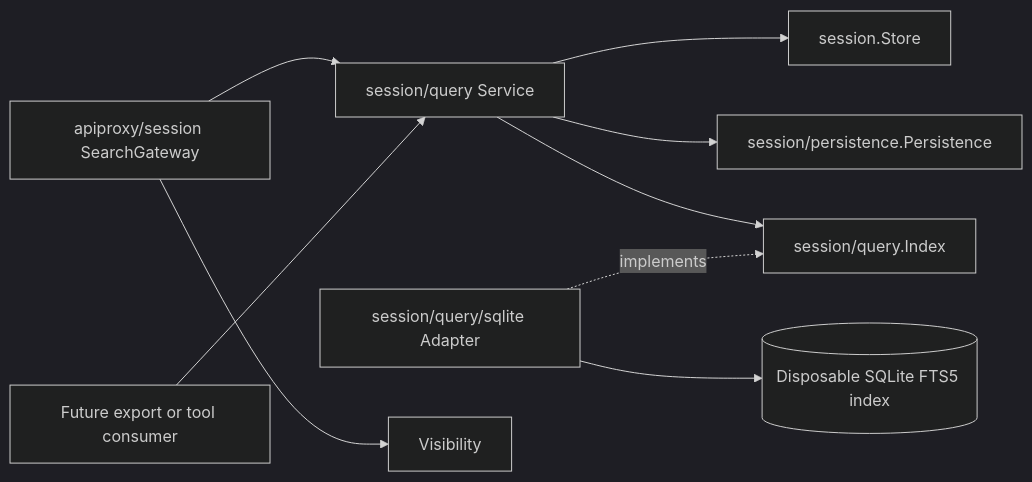
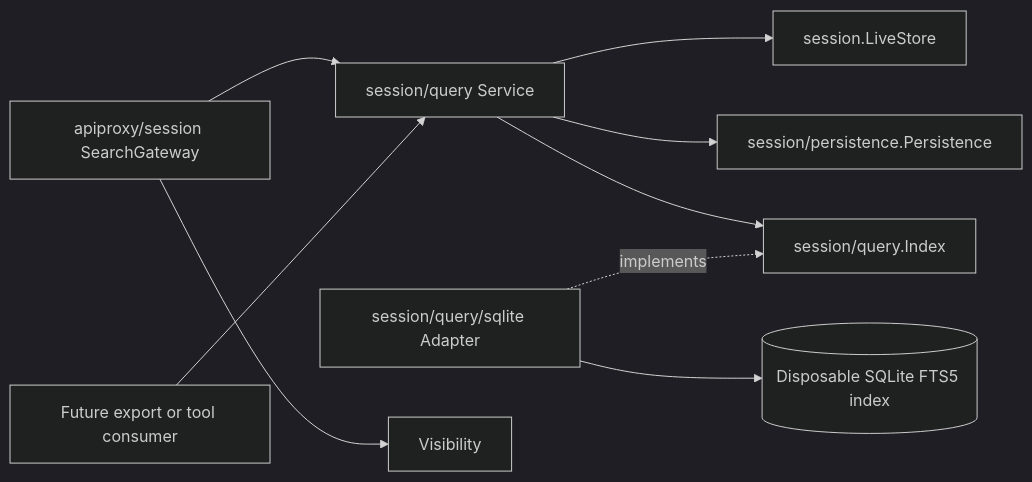
One commit to gorenx/goren changed the first of 3 diagrams in zh-CN/23-session-query-and-search.md. Above: the diagram before and after it, drawn with Mermaid (dark theme). The commit also changed other lines of this file and 27 other files, not shown here.

````diff
--- a/zh-CN/23-session-query-and-search.md
+++ b/zh-CN/23-session-query-and-search.md
@@ -25,11 +25,11 @@
 ```mermaid
 flowchart LR
     API[apiproxy/session SearchGateway] --> Q[session/query Service]
     OTHER[Future export or tool consumer] --> Q
-    Q --> LIVE[session.Store]
+    Q --> LIVE[session.LiveStore]
     Q --> P[session/persistence.Persistence]
     Q --> I[session/query.Index]
     SQLITE[session/query/sqlite Adapter] -. implements .-> I
     SQLITE --> DB[(Disposable SQLite FTS5 index)]
     API --> V[Visibility]
 ```
````
